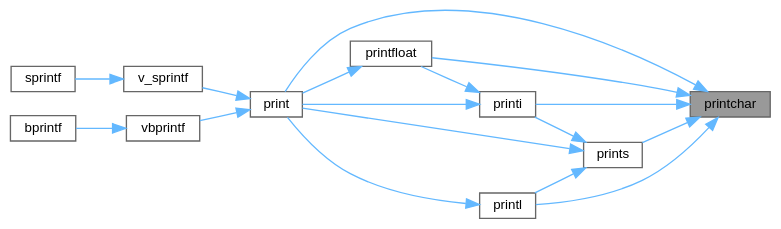
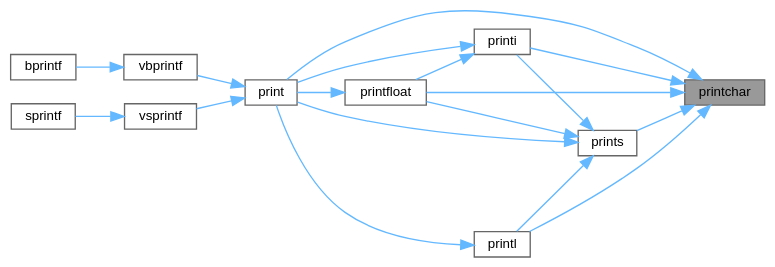
The diagram in printf_8c_a467a00da8c720b8dddc7088e2805291c_icgraph.dot (ebs-universe/piolib-printf), drawn with Graphviz before and after one commit. The commit also changed 131 other files, not shown here.

```diff
--- a/printf_8c_a467a00da8c720b8dddc7088e2805291c_icgraph.dot
+++ b/printf_8c_a467a00da8c720b8dddc7088e2805291c_icgraph.dot
@@ -1,35 +1,36 @@
 digraph "printchar"
 {
  // INTERACTIVE_SVG=YES
  // LATEX_PDF_SIZE
   bgcolor="transparent";
   edge [fontname=Helvetica,fontsize=10,labelfontname=Helvetica,labelfontsize=10];
   node [fontname=Helvetica,fontsize=10,shape=box,height=0.2,width=0.4];
   rankdir="RL";
   Node1 [id="Node000001",label="printchar",height=0.2,width=0.4,color="gray40", fillcolor="grey60", style="filled", fontcolor="black",tooltip=" "];
   Node1 -> Node2 [id="edge1_Node000001_Node000002",dir="back",color="steelblue1",style="solid",tooltip=" "];
   Node2 [id="Node000002",label="print",height=0.2,width=0.4,color="grey40", fillcolor="white", style="filled",URL="$printf_8c.html#a5b328a8f32f082a641944307c97f9a34",tooltip=" "];
   Node2 -> Node3 [id="edge2_Node000002_Node000003",dir="back",color="steelblue1",style="solid",tooltip=" "];
-  Node3 [id="Node000003",label="v_sprintf",height=0.2,width=0.4,color="grey40", fillcolor="white", style="filled",URL="$printf_8h.html#a89206cd7a5ee84d4340e223078709043",tooltip=" "];
+  Node3 [id="Node000003",label="vbprintf",height=0.2,width=0.4,color="grey40", fillcolor="white", style="filled",URL="$printf_8h.html#a65fa2c2b1fdeb49ee1d35b47be733d17",tooltip=" "];
   Node3 -> Node4 [id="edge3_Node000003_Node000004",dir="back",color="steelblue1",style="solid",tooltip=" "];
-  Node4 [id="Node000004",label="sprintf",height=0.2,width=0.4,color="grey40", fillcolor="white", style="filled",URL="$printf_8h.html#a014f72d1eb635d44f4547d6153c9afd1",tooltip=" "];
+  Node4 [id="Node000004",label="bprintf",height=0.2,width=0.4,color="grey40", fillcolor="white", style="filled",URL="$printf_8h.html#a30e09ab10214b5e9b93f4c765f373649",tooltip=" "];
   Node2 -> Node5 [id="edge4_Node000002_Node000005",dir="back",color="steelblue1",style="solid",tooltip=" "];
-  Node5 [id="Node000005",label="vbprintf",height=0.2,width=0.4,color="grey40", fillcolor="white", style="filled",URL="$printf_8h.html#a65fa2c2b1fdeb49ee1d35b47be733d17",tooltip=" "];
+  Node5 [id="Node000005",label="vsprintf",height=0.2,width=0.4,color="grey40", fillcolor="white", style="filled",URL="$printf_8h.html#a984687e0cb1dfa69b33161177d270337",tooltip=" "];
   Node5 -> Node6 [id="edge5_Node000005_Node000006",dir="back",color="steelblue1",style="solid",tooltip=" "];
-  Node6 [id="Node000006",label="bprintf",height=0.2,width=0.4,color="grey40", fillcolor="white", style="filled",URL="$printf_8h.html#a30e09ab10214b5e9b93f4c765f373649",tooltip=" "];
+  Node6 [id="Node000006",label="sprintf",height=0.2,width=0.4,color="grey40", fillcolor="white", style="filled",URL="$printf_8h.html#a014f72d1eb635d44f4547d6153c9afd1",tooltip=" "];
   Node1 -> Node7 [id="edge6_Node000001_Node000007",dir="back",color="steelblue1",style="solid",tooltip=" "];
   Node7 [id="Node000007",label="printfloat",height=0.2,width=0.4,color="grey40", fillcolor="white", style="filled",URL="$printf_8c.html#a2c37f08c54b3dc54d13030c62cba67a7",tooltip=" "];
   Node7 -> Node2 [id="edge7_Node000007_Node000002",dir="back",color="steelblue1",style="solid",tooltip=" "];
   Node1 -> Node8 [id="edge8_Node000001_Node000008",dir="back",color="steelblue1",style="solid",tooltip=" "];
   Node8 [id="Node000008",label="printi",height=0.2,width=0.4,color="grey40", fillcolor="white", style="filled",URL="$printf_8c.html#ad9c642f8af1fe47d03e648b146da3b8d",tooltip=" "];
   Node8 -> Node2 [id="edge9_Node000008_Node000002",dir="back",color="steelblue1",style="solid",tooltip=" "];
   Node8 -> Node7 [id="edge10_Node000008_Node000007",dir="back",color="steelblue1",style="solid",tooltip=" "];
   Node1 -> Node9 [id="edge11_Node000001_Node000009",dir="back",color="steelblue1",style="solid",tooltip=" "];
   Node9 [id="Node000009",label="printl",height=0.2,width=0.4,color="grey40", fillcolor="white", style="filled",URL="$printf_8c.html#a700fcb0af9d5d9311fe8a86380747db7",tooltip=" "];
   Node9 -> Node2 [id="edge12_Node000009_Node000002",dir="back",color="steelblue1",style="solid",tooltip=" "];
   Node1 -> Node10 [id="edge13_Node000001_Node000010",dir="back",color="steelblue1",style="solid",tooltip=" "];
   Node10 [id="Node000010",label="prints",height=0.2,width=0.4,color="grey40", fillcolor="white", style="filled",URL="$printf_8c.html#a6ce76a789a6153b7e1b16bc3a6969563",tooltip=" "];
   Node10 -> Node2 [id="edge14_Node000010_Node000002",dir="back",color="steelblue1",style="solid",tooltip=" "];
-  Node10 -> Node8 [id="edge15_Node000010_Node000008",dir="back",color="steelblue1",style="solid",tooltip=" "];
-  Node10 -> Node9 [id="edge16_Node000010_Node000009",dir="back",color="steelblue1",style="solid",tooltip=" "];
+  Node10 -> Node7 [id="edge15_Node000010_Node000007",dir="back",color="steelblue1",style="solid",tooltip=" "];
+  Node10 -> Node8 [id="edge16_Node000010_Node000008",dir="back",color="steelblue1",style="solid",tooltip=" "];
+  Node10 -> Node9 [id="edge17_Node000010_Node000009",dir="back",color="steelblue1",style="solid",tooltip=" "];
 }
```
